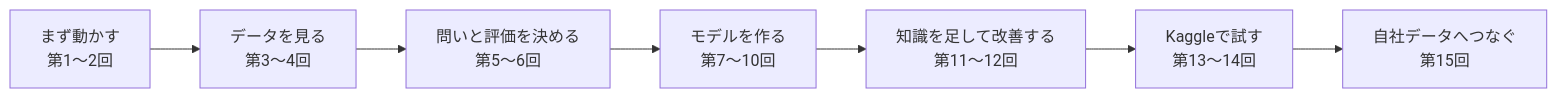
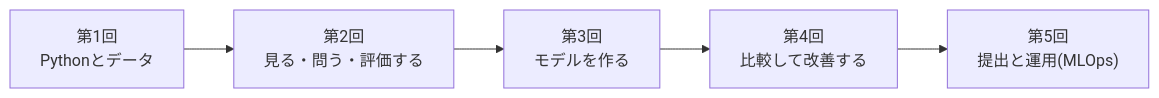
The first of 3 diagrams in docs/course-plan.md (kazu-dota/data-science-study-group), drawn with Mermaid before and after one commit. The commit also changed other lines of this file and 52 other files, not shown here.

````diff
--- a/docs/course-plan.md
+++ b/docs/course-plan.md
@@ -17,9 +27,7 @@
 ```mermaid
 flowchart LR
-    A["まず動かす<br/>第1〜2回"] --> B["データを見る<br/>第3〜4回"]
-    B --> C["問いと評価を決める<br/>第5〜6回"]
-    C --> D["モデルを作る<br/>第7〜10回"]
-    D --> E["知識を足して改善する<br/>第11〜12回"]
-    E --> F["Kaggleで試す<br/>第13〜14回"]
-    F --> G["自社データへつなぐ<br/>第15回"]
+    A["第1回<br/>Pythonとデータ"] --> B["第2回<br/>見る・問う・評価する"]
+    B --> C["第3回<br/>モデルを作る"]
+    C --> D["第4回<br/>比較して改善する"]
+    D --> E["第5回<br/>提出と運用(MLOps)"]
 ```
````
